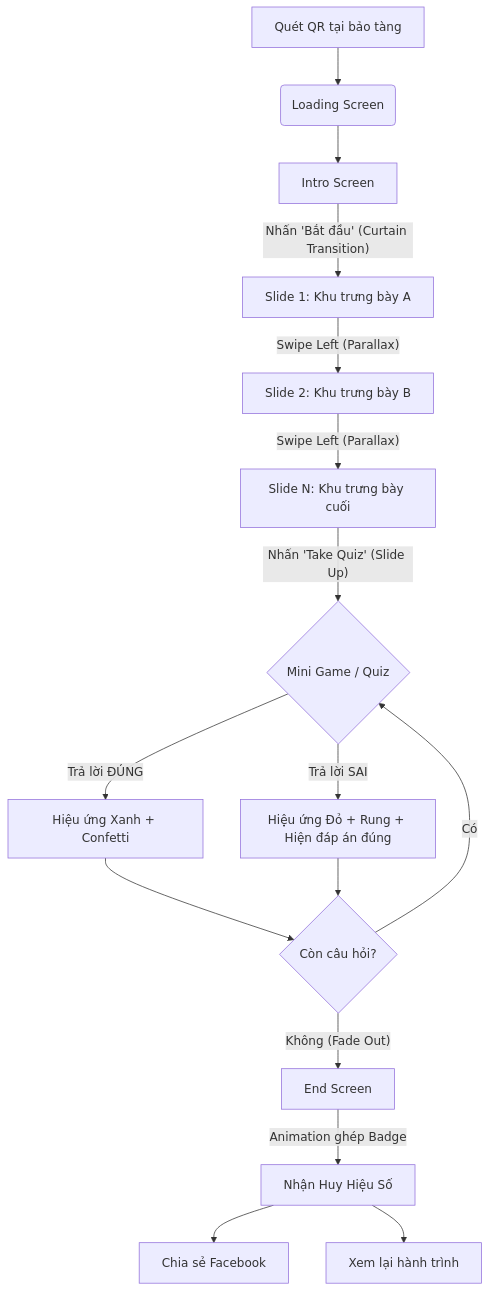
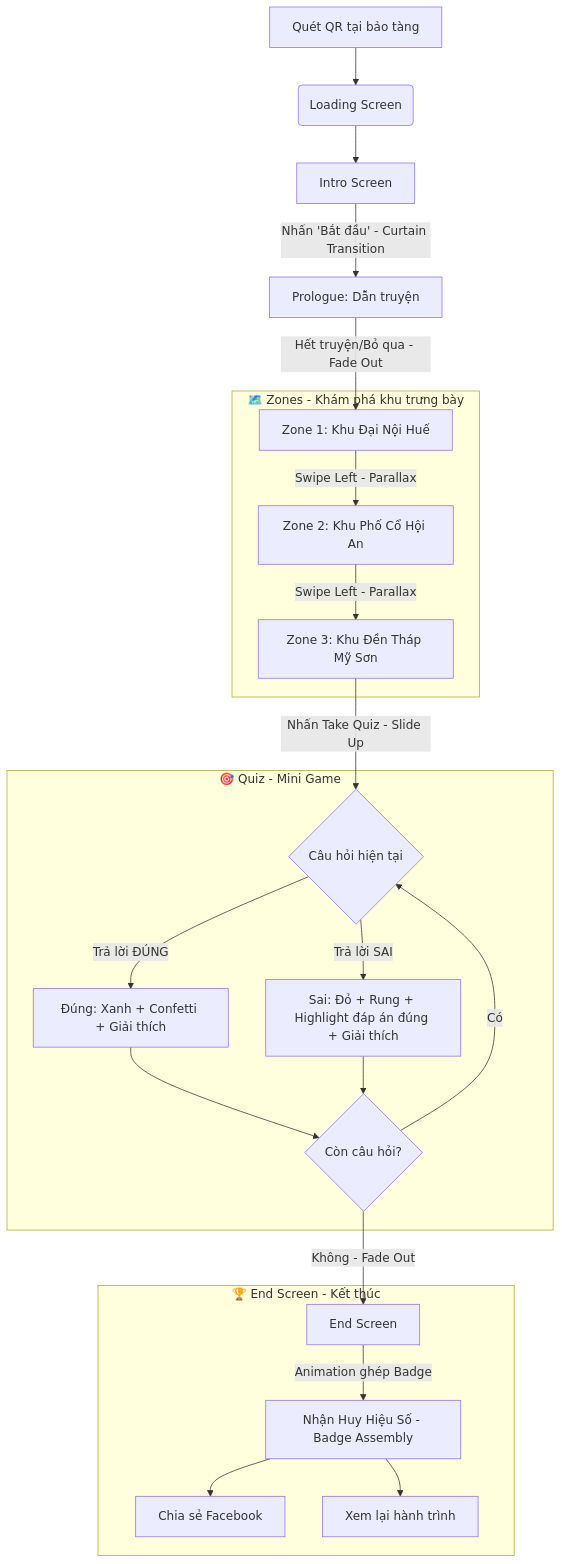
Before and after one commit to moonshineTP/Heritage-Realm: the diagram in flow.md, drawn with Mermaid. The commit also changed other lines of this file and 17 other files, not shown here.

````diff
--- a/flow.md
+++ b/flow.md
@@ -9,22 +9,41 @@
 ```mermaid
 graph TD
-    A[Quét QR tại bảo tàng] --> B(Loading Screen)
-    B --> C[Intro Screen]
-    C -- Nhấn 'Bắt đầu' (Curtain Transition) --> D[Slide 1: Khu trưng bày A]
-    D -- Swipe Left (Parallax) --> E[Slide 2: Khu trưng bày B]
-    E -- Swipe Left (Parallax) --> F[Slide N: Khu trưng bày cuối]
-    F -- Nhấn 'Take Quiz' (Slide Up) --> G{Mini Game / Quiz}
-    
-    G -- Trả lời ĐÚNG --> H[Hiệu ứng Xanh + Confetti]
-    G -- Trả lời SAI --> I[Hiệu ứng Đỏ + Rung + Hiện đáp án đúng]
-    
-    H --> J{Còn câu hỏi?}
-    I --> J
-    
-    J -- Có --> G
-    J -- Không (Fade Out) --> K[End Screen]
-    
-    K -- Animation ghép Badge --> L[Nhận Huy Hiệu Số]
-    L --> M[Chia sẻ Facebook]
-    L --> N[Xem lại hành trình]
+    A[Quét QR tại bảo tàng] --> LOAD(Loading Screen)
+    LOAD --> INTRO[Intro Screen]
+    INTRO -- Nhấn 'Bắt đầu' - Curtain Transition --> PRO[Prologue: Dẫn truyện]
+
+    subgraph ZONES[" 🗺️ Zones - Khám phá khu trưng bày "]
+        Z1[Zone 1: Khu Đại Nội Huế]
+        Z2[Zone 2: Khu Phố Cổ Hội An]
+        Z3[Zone 3: Khu Đền Tháp Mỹ Sơn]
+        Z1 -- Swipe Left - Parallax --> Z2
+        Z2 -- Swipe Left - Parallax --> Z3
+    end
+
+    PRO -- Hết truyện/Bỏ qua - Fade Out --> Z1
+    Z3 -- Nhấn Take Quiz - Slide Up --> QUIZ
+
+    subgraph QUIZ_FLOW[" 🎯 Quiz - Mini Game "]
+        QUIZ{Câu hỏi hiện tại}
+        Q_OK[Đúng: Xanh + Confetti + Giải thích]
+        Q_ERR[Sai: Đỏ + Rung + Highlight đáp án đúng + Giải thích]
+        Q_NEXT{Còn câu hỏi?}
+        QUIZ -- Trả lời ĐÚNG --> Q_OK
+        QUIZ -- Trả lời SAI --> Q_ERR
+        Q_OK --> Q_NEXT
+        Q_ERR --> Q_NEXT
+        Q_NEXT -- Có --> QUIZ
+    end
+
+    subgraph END_FLOW[" 🏆 End Screen - Kết thúc "]
+        END[End Screen]
+        BADGE[Nhận Huy Hiệu Số - Badge Assembly]
+        SHARE[Chia sẻ Facebook]
+        REPLAY[Xem lại hành trình]
+        END -- Animation ghép Badge --> BADGE
+        BADGE --> SHARE
+        BADGE --> REPLAY
+    end
+
+    Q_NEXT -- Không - Fade Out --> END
 ```
````
